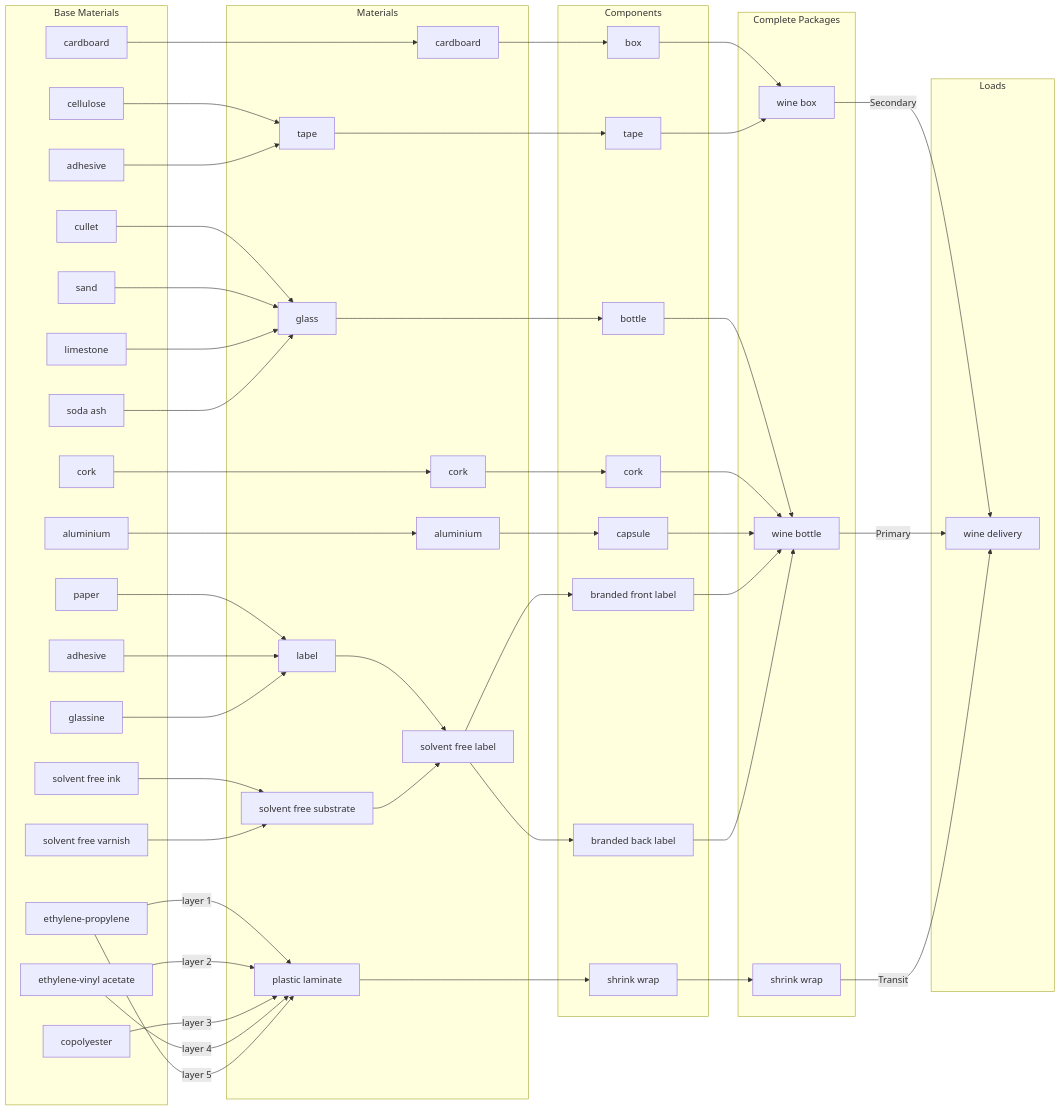
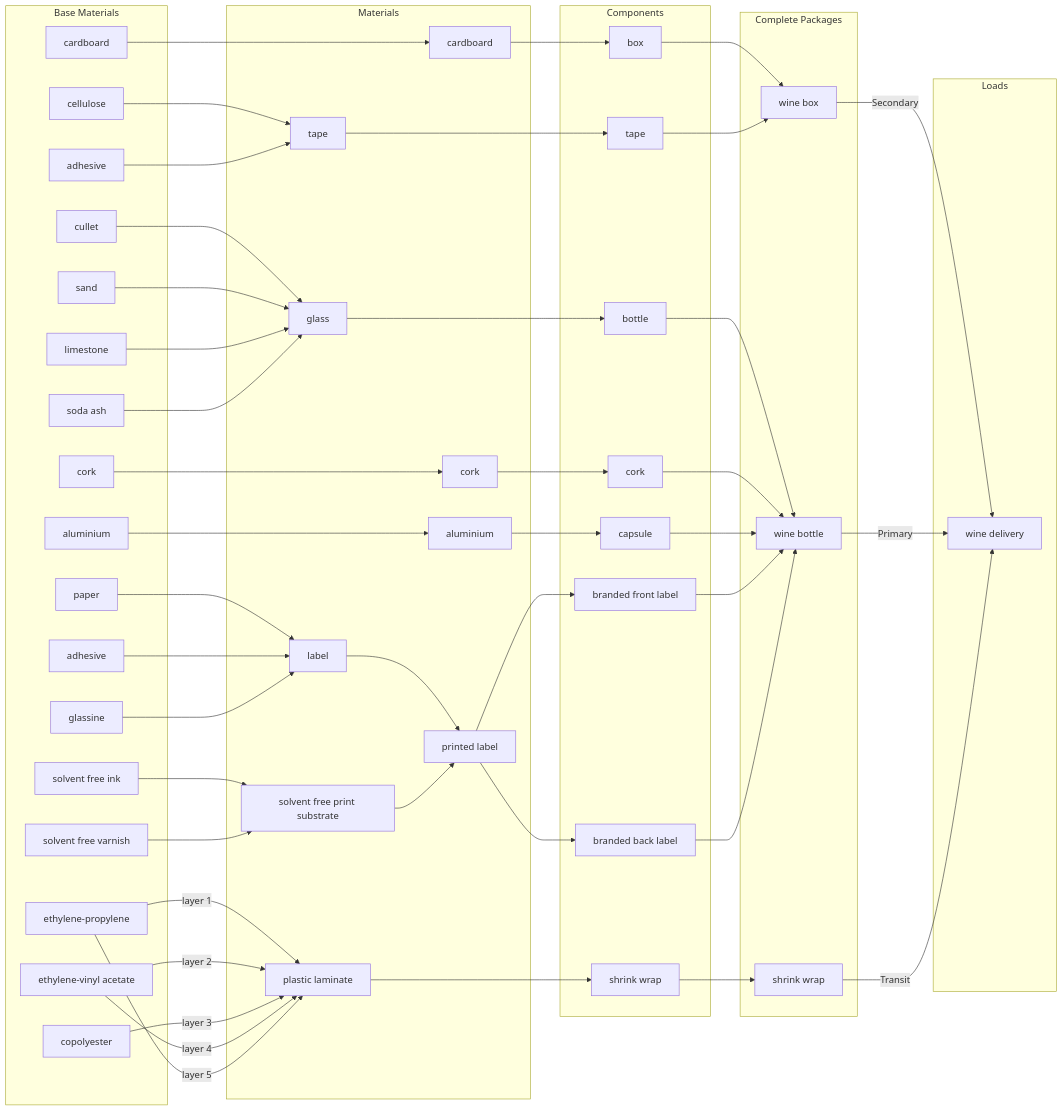
Before and after one commit to OpenDataManchester/Open3P: the eighth of 8 diagrams in docs/1_Start_Here/1_3_Data_Flow.md, drawn with Mermaid. The commit also changed other lines of this file, not shown here.

Commit message:
Tweak to data flow based on feedback

```diff
--- a/docs/1_Start_Here/1_3_Data_Flow.md
+++ b/docs/1_Start_Here/1_3_Data_Flow.md
@@ -295,8 +295,8 @@
         ma_aluminium[aluminium]
         ma_tape[tape]
         ma_label[label]
-        ma_coating[solvent free substrate]
-        ma_label2[solvent free label]
+        ma_coating[solvent free print substrate]
+        ma_label2[printed label]
         ma_shrinkwrap[plastic laminate]
     end
     subgraph components[Components]
```
